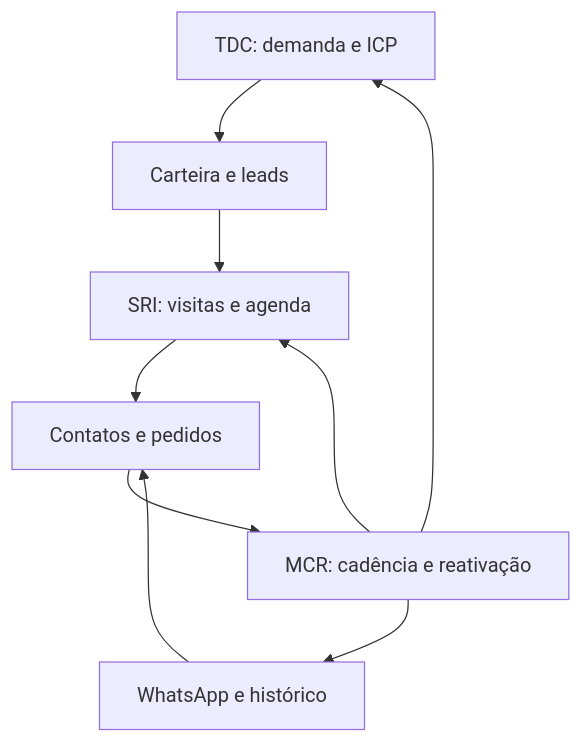
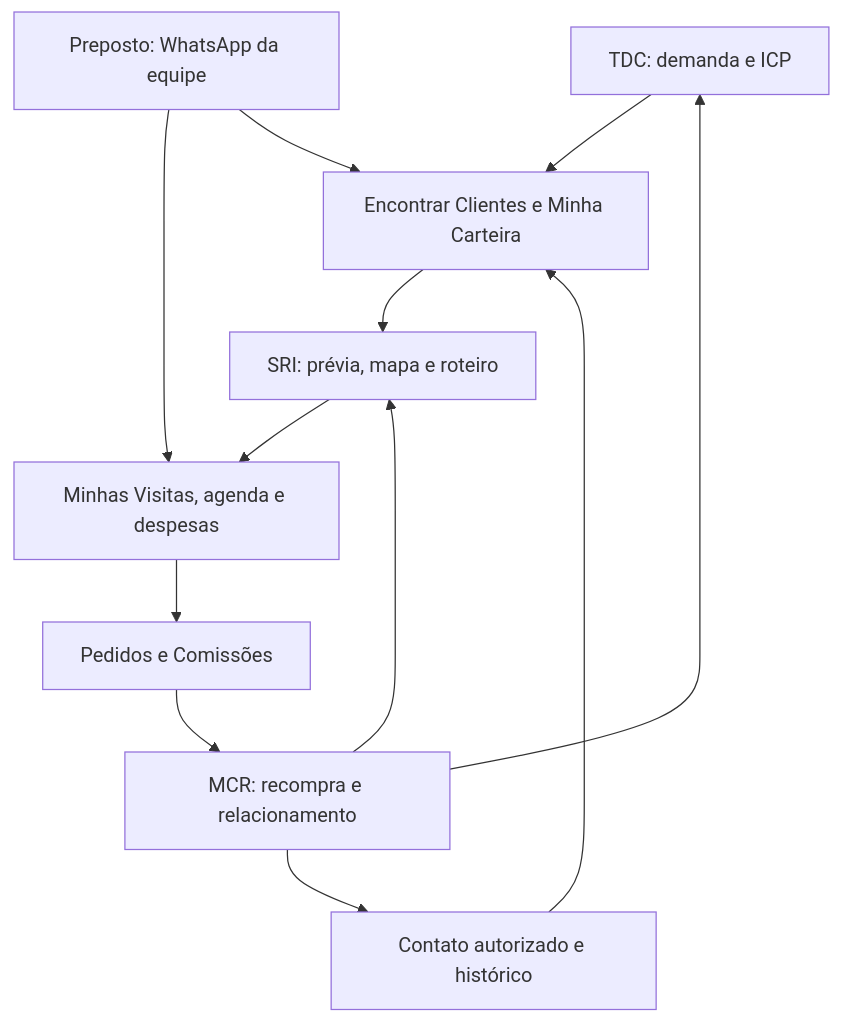
Before and after one commit to comerciall2belem-glitch/L2-representa-es-: the diagram in STRATEGIC_CRM.md, drawn with Mermaid. The commit also changed other lines of this file and 18 other files, not shown here.

Commit message:
Integrate field WhatsApp assistant, temporary route maps and commercial feedback

````diff
--- a/STRATEGIC_CRM.md
+++ b/STRATEGIC_CRM.md
@@ -9,11 +7,14 @@
 ```mermaid
 flowchart TD
-    T["TDC: demanda e ICP"] --> C["Carteira e leads"]
-    C --> S["SRI: visitas e agenda"]
-    S --> A["Contatos e pedidos"]
-    A --> M["MCR: cadência e reativação"]
-    M --> S
-    M --> T
-    M --> W["WhatsApp e histórico"]
-    W --> A
+  T["TDC: demanda e ICP"] --> C["Encontrar Clientes e Minha Carteira"]
+  C --> S["SRI: prévia, mapa e roteiro"]
+  S --> V["Minhas Visitas, agenda e despesas"]
+  P["Preposto: WhatsApp da equipe"] --> V
+  P --> C
+  V --> O["Pedidos e Comissões"]
+  O --> M["MCR: recompra e relacionamento"]
+  M --> S
+  M --> T
+  M --> W["Contato autorizado e histórico"]
+  W --> C
 ```
````
